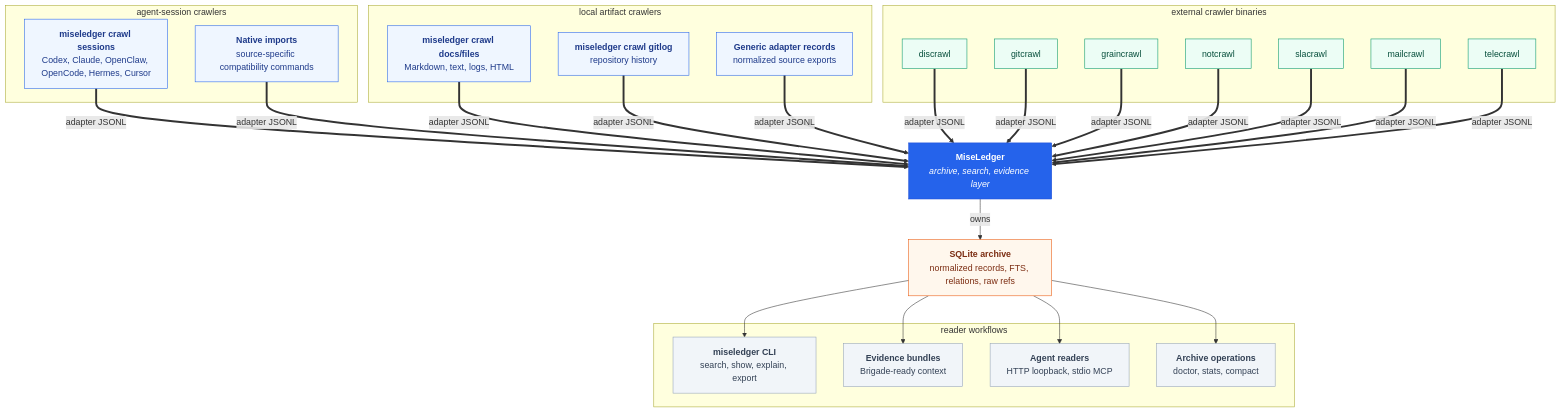
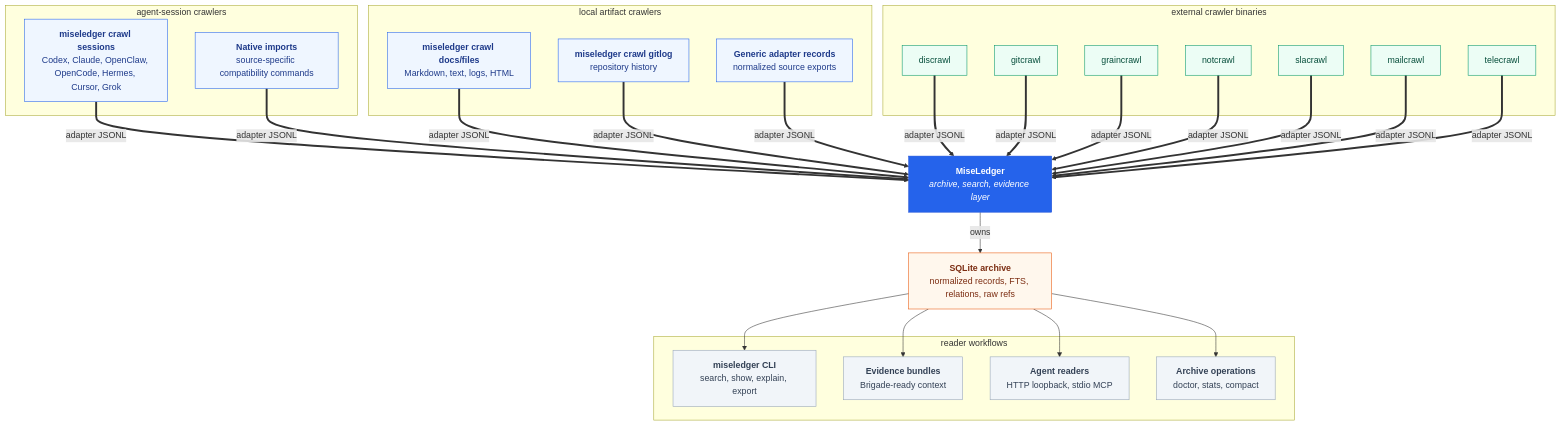
One commit to escoffier-labs/brigade changed the diagram in engines/evidence-ledger/README.md. Above: the diagram before and after it, drawn with Mermaid. The commit also changed other lines of this file and 27 other files, not shown here.

First line of the commit message:
Add Grok, Cursor, and crawler ingestion coverage

````diff
--- a/engines/evidence-ledger/README.md
+++ b/engines/evidence-ledger/README.md
@@ -119,54 +119,54 @@
 ```mermaid
 flowchart TB
     MISELEDGER["<b>MiseLedger</b><br/><i>archive, search, evidence layer</i>"]
     SQLITE["<b>SQLite archive</b><br/>normalized records, FTS, relations, raw refs"]
     MISELEDGER -->|owns| SQLITE
 
     subgraph AGENTS [" agent-session crawlers "]
-        SESSIONS["<b>miseledger crawl sessions</b><br/>Codex, Claude, OpenClaw, OpenCode, Hermes, Cursor"]
+        SESSIONS["<b>miseledger crawl sessions</b><br/>Codex, Claude, OpenClaw, OpenCode, Hermes, Cursor, Grok"]
         COMPAT["<b>Native imports</b><br/>source-specific compatibility commands"]
     end
 
     subgraph LOCAL [" local artifact crawlers "]
         ARTIFACTS["<b>miseledger crawl docs/files</b><br/>Markdown, text, logs, HTML"]
         GITLOG["<b>miseledger crawl gitlog</b><br/>repository history"]
         GENERIC["<b>Generic adapter records</b><br/>normalized source exports"]
     end
 
     subgraph CRAWLERS [" external crawler binaries "]
         DISCRAWL["discrawl"]
         GITCRAWL["gitcrawl"]
         GRAINCRAWL["graincrawl"]
         NOTCRAWL["notcrawl"]
         SLACRAWL["slacrawl"]
         MAILCRAWL["mailcrawl"]
         TELECRAWL["telecrawl"]
     end
 
     SESSIONS & COMPAT == adapter JSONL ==> MISELEDGER
     ARTIFACTS & GITLOG & GENERIC == adapter JSONL ==> MISELEDGER
     DISCRAWL & GITCRAWL & GRAINCRAWL & NOTCRAWL & SLACRAWL & MAILCRAWL & TELECRAWL == adapter JSONL ==> MISELEDGER
 
     subgraph READERS [" reader workflows "]
         CLI["<b>miseledger CLI</b><br/>search, show, explain, export"]
         EVIDENCE["<b>Evidence bundles</b><br/>Brigade-ready context"]
         MCP["<b>Agent readers</b><br/>HTTP loopback, stdio MCP"]
         OPS["<b>Archive operations</b><br/>doctor, stats, compact"]
     end
 
     SQLITE --> CLI
     SQLITE --> EVIDENCE
     SQLITE --> MCP
     SQLITE --> OPS
 
     classDef core fill:#2563eb,stroke:#1d4ed8,color:#fff;
     classDef archive fill:#fff7ed,stroke:#ea580c,color:#7c2d12;
     classDef source fill:#eff6ff,stroke:#2563eb,color:#1e3a8a;
     classDef crawler fill:#ecfdf5,stroke:#059669,color:#064e3b;
     classDef reader fill:#f1f5f9,stroke:#94a3b8,color:#334155;
     class MISELEDGER core;
     class SQLITE archive;
     class SESSIONS,COMPAT,ARTIFACTS,GITLOG,GENERIC source;
     class DISCRAWL,GITCRAWL,GRAINCRAWL,NOTCRAWL,SLACRAWL,MAILCRAWL,TELECRAWL crawler;
     class CLI,EVIDENCE,MCP,OPS reader;
 ```
````
